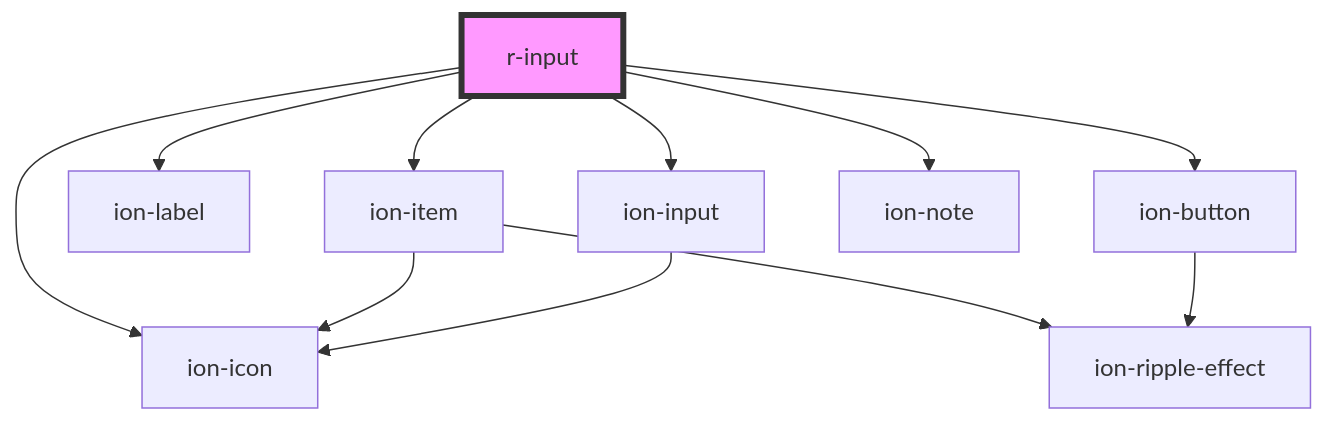
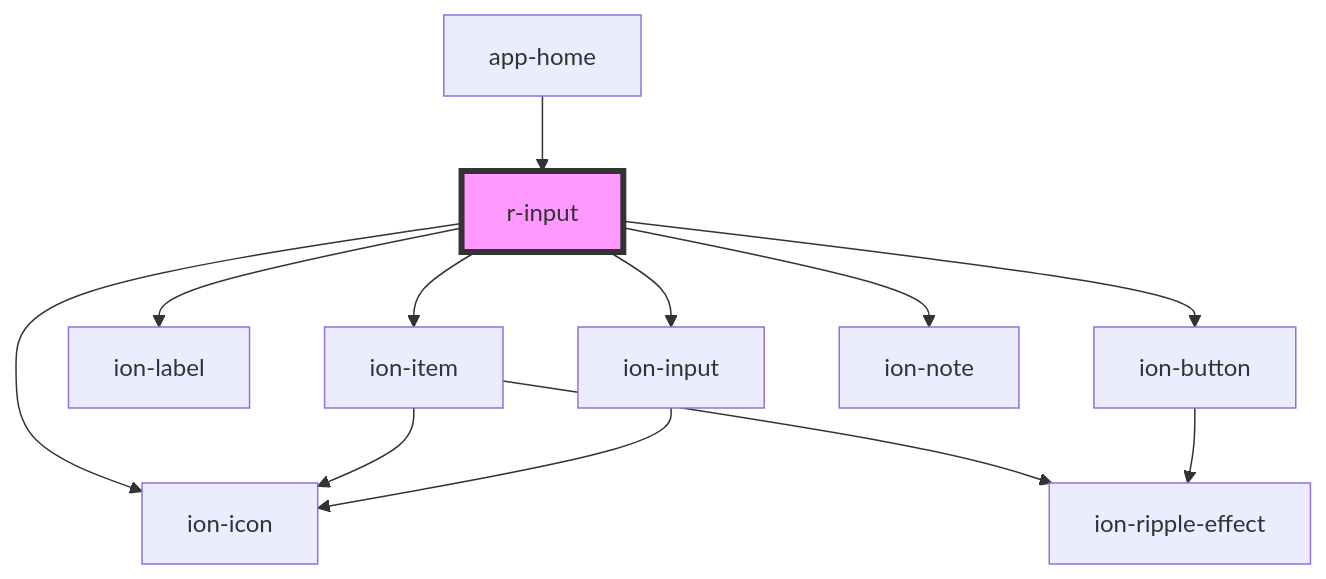
The diagram in src/components/r-input/readme.md (refactico/design-system), drawn with Mermaid before and after one commit. The commit also changed other lines of this file and 9 other files, not shown here.

````diff
--- a/src/components/r-input/readme.md
+++ b/src/components/r-input/readme.md
@@ -55,14 +59,15 @@
 ```mermaid
 graph TD;
   r-input --> ion-item
   r-input --> ion-label
   r-input --> ion-input
   r-input --> ion-button
   r-input --> ion-icon
   r-input --> ion-note
   ion-item --> ion-icon
   ion-item --> ion-ripple-effect
   ion-input --> ion-icon
   ion-button --> ion-ripple-effect
+  app-home --> r-input
   style r-input fill:#f9f,stroke:#333,stroke-width:4px
 ```
````
